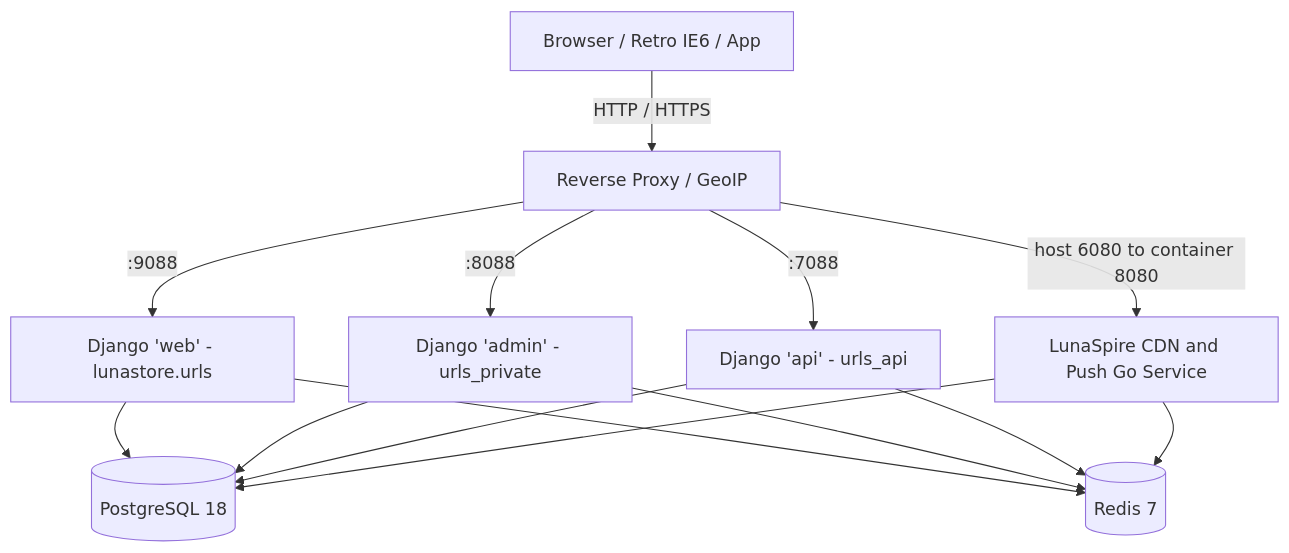
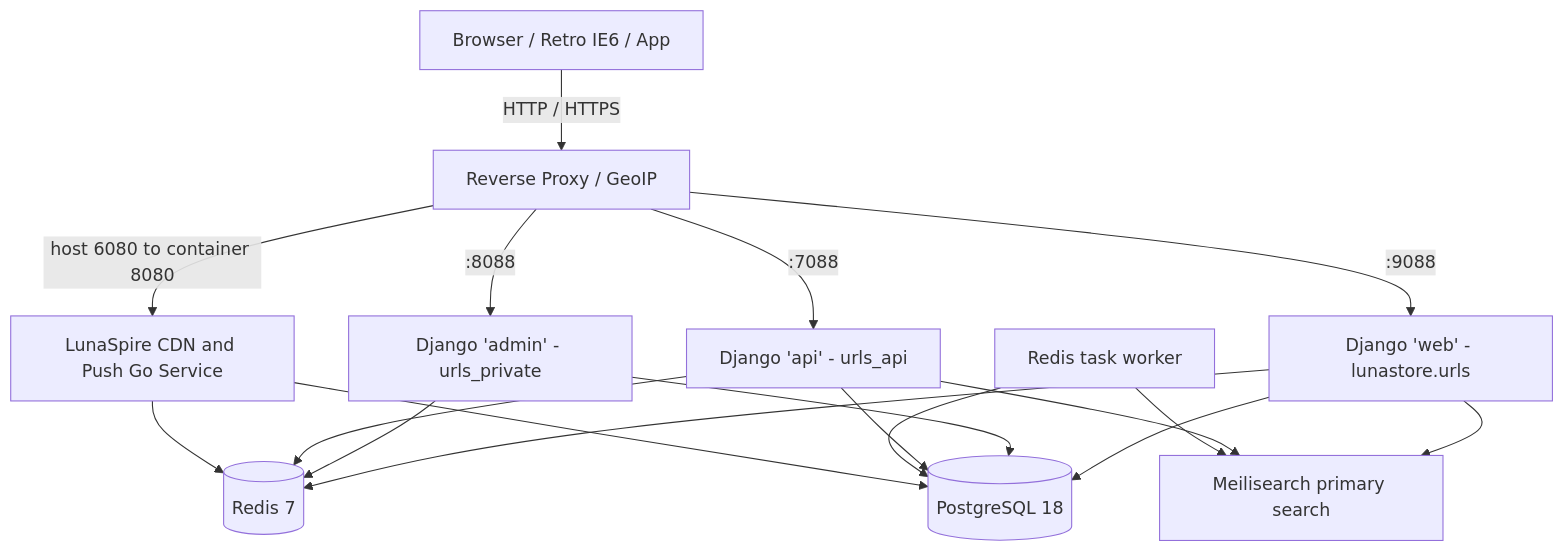
The diagram in .agents/skills/lunastore/SKILL.md (DanielMTeam/lunastore), drawn with Mermaid before and after one commit. The commit also changed other lines of this file and 22 other files, not shown here.

First line of the commit message:
refactor(search): meilisearch (#82)

````diff
--- a/.agents/skills/lunastore/SKILL.md
+++ b/.agents/skills/lunastore/SKILL.md
@@ -18,18 +18,22 @@
 ```mermaid
 graph TD
     Client[Browser / Retro IE6 / App] -->|HTTP / HTTPS| Router[Reverse Proxy / GeoIP]
     Router -->|:9088| Web[Django 'web' - lunastore.urls]
     Router -->|:8088| Admin[Django 'admin' - urls_private]
     Router -->|:7088| API[Django 'api' - urls_api]
     Router -->|host 6080 to container 8080| LunaSpire[LunaSpire CDN and Push Go Service]
     
     Web --> DB[(PostgreSQL 18)]
     Admin --> DB
     API --> DB
     
     Web --> Redis[(Redis 7)]
     Admin --> Redis
     API --> Redis
+    Web --> Meilisearch[Meilisearch primary search]
+    API --> Meilisearch
+    Worker[Redis task worker] --> Meilisearch
+    Worker --> DB
     LunaSpire --> Redis
     LunaSpire --> DB
 ```
````
